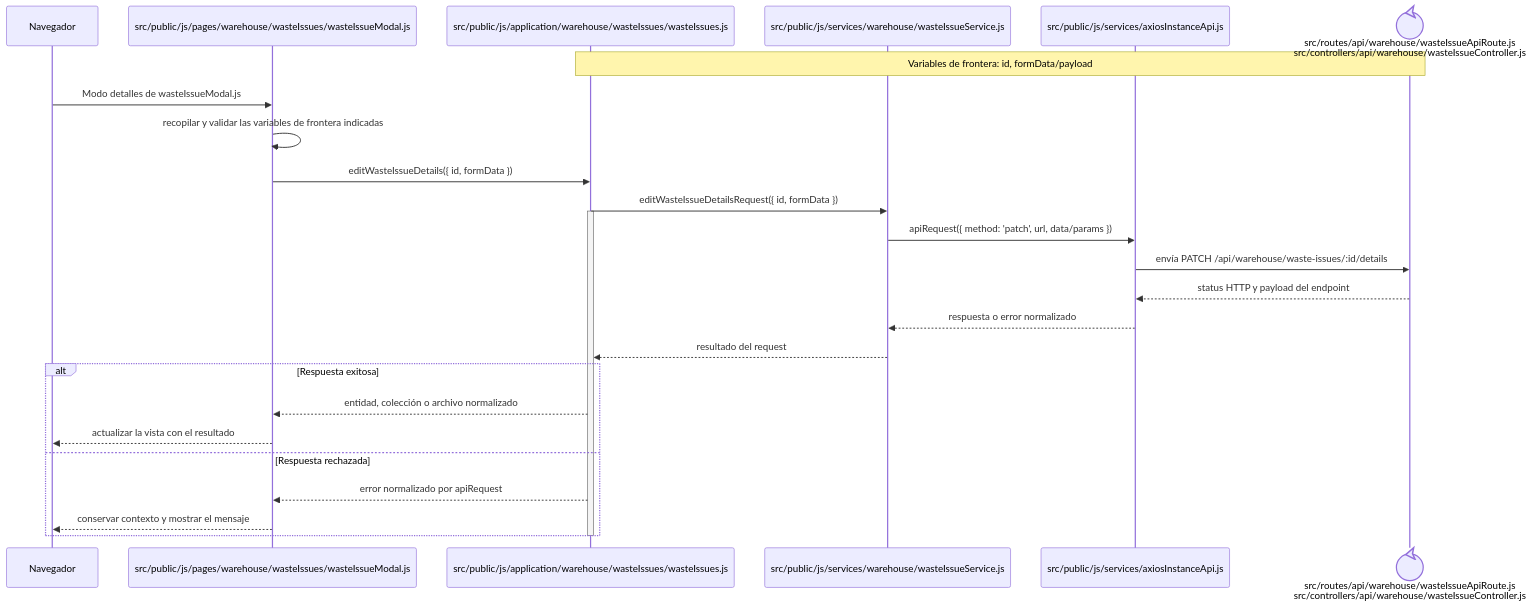
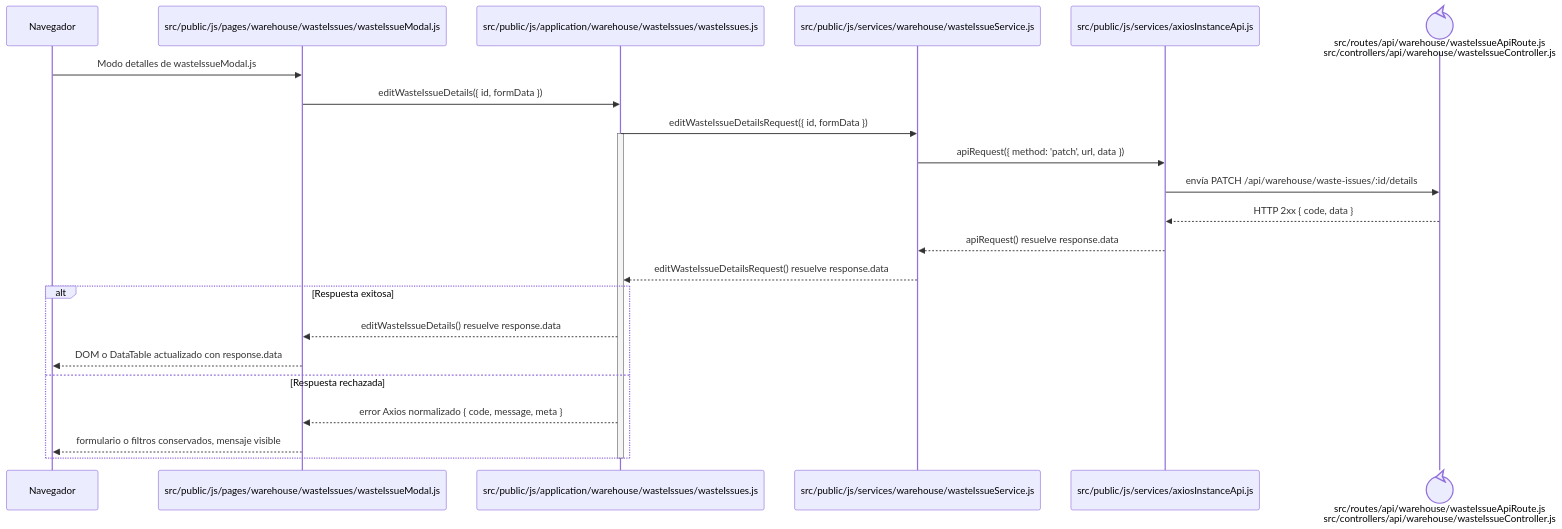
The diagram in docs/architecture/frontend-code-sequences/issues/cu-sal-11.md (gpgsistemas01/nexus), drawn with Mermaid before and after one commit. The commit also changed 148 other files, not shown here.

````diff
--- a/docs/architecture/frontend-code-sequences/issues/cu-sal-11.md
+++ b/docs/architecture/frontend-code-sequences/issues/cu-sal-11.md
@@ -6,29 +6,27 @@
 ```mermaid
 sequenceDiagram
     participant Browser as Navegador
     participant View as src/public/js/pages/warehouse/wasteIssues/wasteIssueModal.js
     participant Application as src/public/js/application/warehouse/wasteIssues/wasteIssues.js
     participant Request as src/public/js/services/warehouse/wasteIssueService.js
     participant HTTP as src/public/js/services/axiosInstanceApi.js
     participant Transport@{ "type": "control" } as src/routes/api/warehouse/wasteIssueApiRoute.js<br/>src/controllers/api/warehouse/wasteIssueController.js
-    Note over Application,Transport: Variables de frontera: id, formData/payload
 
     Browser->>View: Modo detalles de wasteIssueModal.js
-    View->>View: recopilar y validar las variables de frontera indicadas
     View->>Application: editWasteIssueDetails({ id, formData })
     Application->>Request: editWasteIssueDetailsRequest({ id, formData })
     activate Application
-    Request->>HTTP: apiRequest({ method: 'patch', url, data/params })
+    Request->>HTTP: apiRequest({ method: 'patch', url, data })
     HTTP->>Transport: envía PATCH /api/warehouse/waste-issues/:id/details
-    Transport-->>HTTP: status HTTP y payload del endpoint
-    HTTP-->>Request: respuesta o error normalizado
-    Request-->>Application: resultado del request
+    Transport-->>HTTP: HTTP 2xx { code, data }
+    HTTP-->>Request: apiRequest() resuelve response.data
+    Request-->>Application: editWasteIssueDetailsRequest() resuelve response.data
     alt Respuesta exitosa
-        Application-->>View: entidad, colección o archivo normalizado
-        View-->>Browser: actualizar la vista con el resultado
+        Application-->>View: editWasteIssueDetails() resuelve response.data
+        View-->>Browser: DOM o DataTable actualizado con response.data
     else Respuesta rechazada
-        Application-->>View: error normalizado por apiRequest
-        View-->>Browser: conservar contexto y mostrar el mensaje
+        Application-->>View: error Axios normalizado { code, message, meta }
+        View-->>Browser: formulario o filtros conservados, mensaje visible
     end
     deactivate Application
 ```
````
